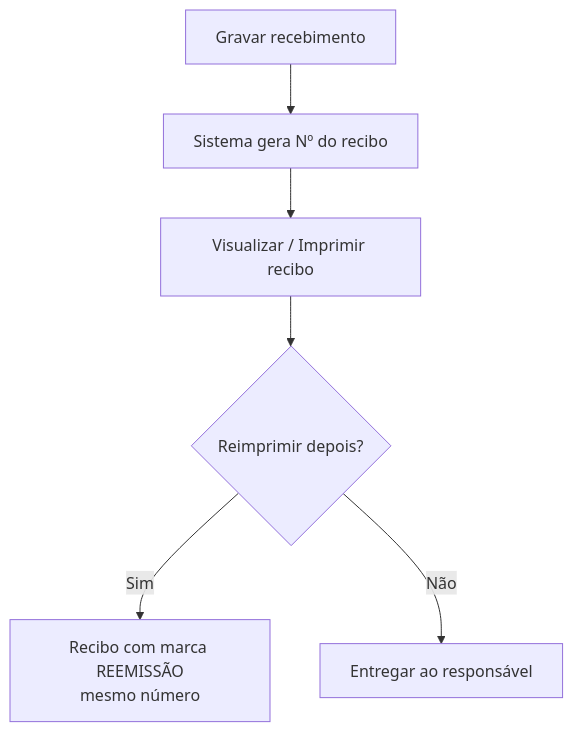
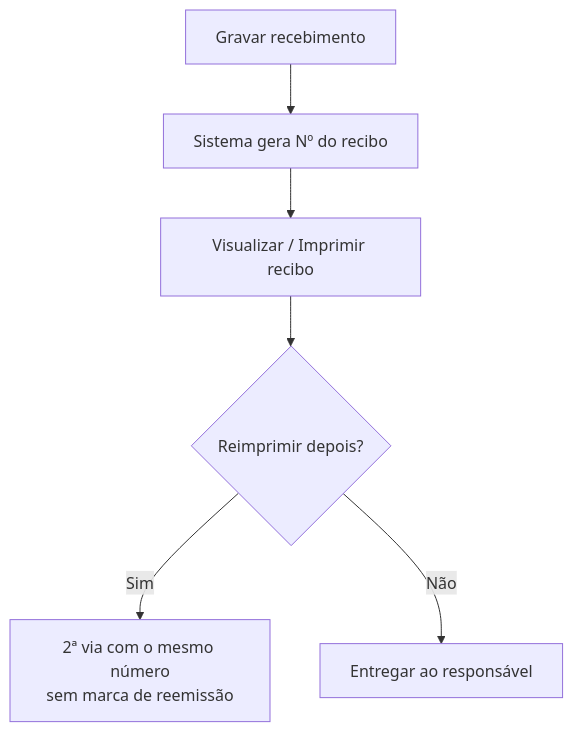
The diagram in docs/financeiro/recibo.md (rlopeslameira/harpia-docs), drawn with Mermaid before and after one commit. The commit also changed other lines of this file and 7 other files, not shown here.

````diff
--- a/docs/financeiro/recibo.md
+++ b/docs/financeiro/recibo.md
@@ -106,8 +120,8 @@
 ```mermaid
 flowchart TD
     A[Gravar recebimento] --> B[Sistema gera Nº do recibo]
     B --> C[Visualizar / Imprimir recibo]
     C --> D{Reimprimir depois?}
-    D -->|Sim| E[Recibo com marca REEMISSÃO<br/>mesmo número]
+    D -->|Sim| E[2ª via com o mesmo número<br/>sem marca de reemissão]
     D -->|Não| F[Entregar ao responsável]
 ```
````
